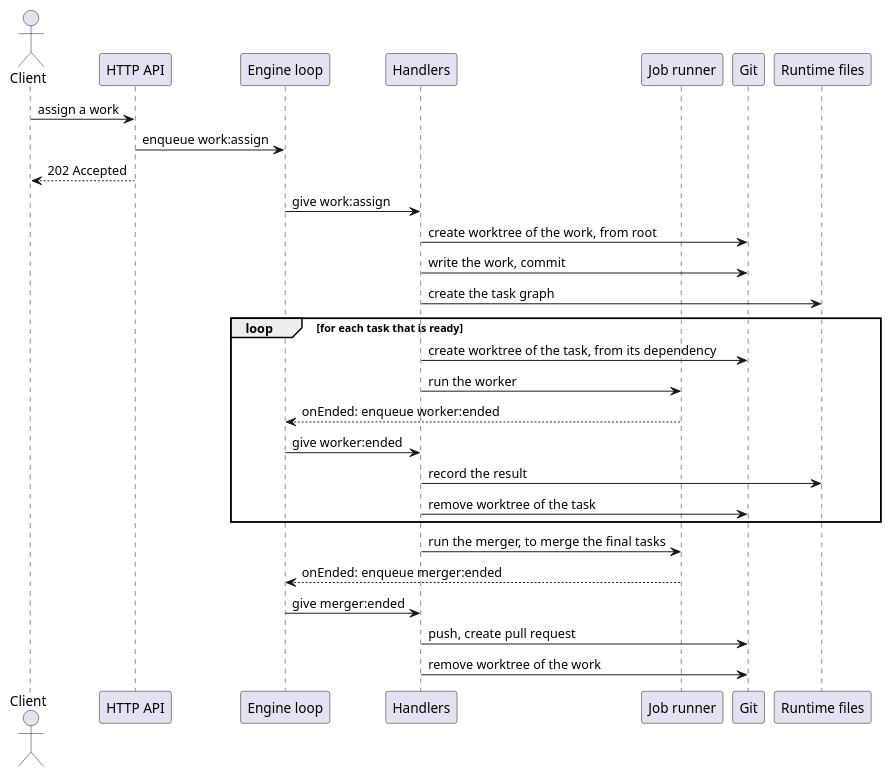
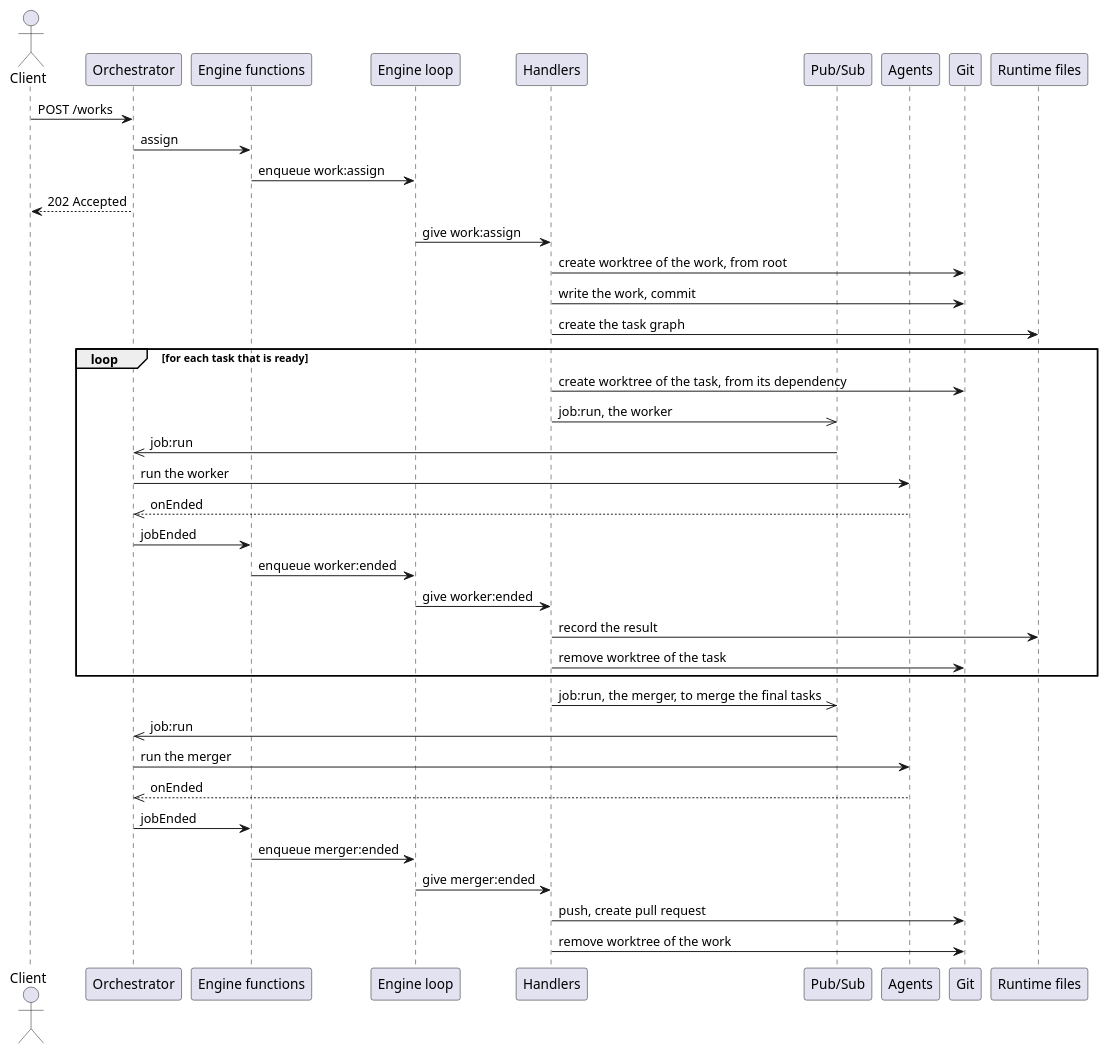
Before and after one commit to longlh/superteam: the first of 4 diagrams in docs/06_runtime/action-flow.md, drawn with PlantUML. The commit also changed other lines of this file and 30 other files, not shown here.

````diff
--- a/docs/06_runtime/action-flow.md
+++ b/docs/06_runtime/action-flow.md
@@ -60,32 +63,43 @@
 ```plantuml
 @startuml
 actor Client
-participant "HTTP API" as API
+participant "Orchestrator" as Orch
+participant "Engine functions" as Fn
 participant "Engine loop" as EL
 participant "Handlers" as Handler
-participant "Job runner" as Runner
+participant "Pub/Sub" as PS
+participant "Agents" as Agents
 participant Git
 participant "Runtime files" as Runtime
 
-Client -> API : assign a work
-API -> EL : enqueue work:assign
-API --> Client : 202 Accepted
+Client -> Orch : POST /works
+Orch -> Fn : assign
+Fn -> EL : enqueue work:assign
+Orch --> Client : 202 Accepted
 EL -> Handler : give work:assign
 Handler -> Git : create worktree of the work, from root
 Handler -> Git : write the work, commit
 Handler -> Runtime : create the task graph
 loop for each task that is ready
   Handler -> Git : create worktree of the task, from its dependency
-  Handler -> Runner : run the worker
-  Runner --> EL : onEnded: enqueue worker:ended
+  Handler ->> PS : job:run, the worker
+  PS ->> Orch : job:run
+  Orch -> Agents : run the worker
+  Agents -->> Orch : onEnded
+  Orch -> Fn : jobEnded
+  Fn -> EL : enqueue worker:ended
   EL -> Handler : give worker:ended
   Handler -> Runtime : record the result
   Handler -> Git : remove worktree of the task
 end
-Handler -> Runner : run the merger, to merge the final tasks
-Runner --> EL : onEnded: enqueue merger:ended
+Handler ->> PS : job:run, the merger, to merge the final tasks
+PS ->> Orch : job:run
+Orch -> Agents : run the merger
+Agents -->> Orch : onEnded
+Orch -> Fn : jobEnded
+Fn -> EL : enqueue merger:ended
 EL -> Handler : give merger:ended
 Handler -> Git : push, create pull request
 Handler -> Git : remove worktree of the work
 @enduml
 ```
````
